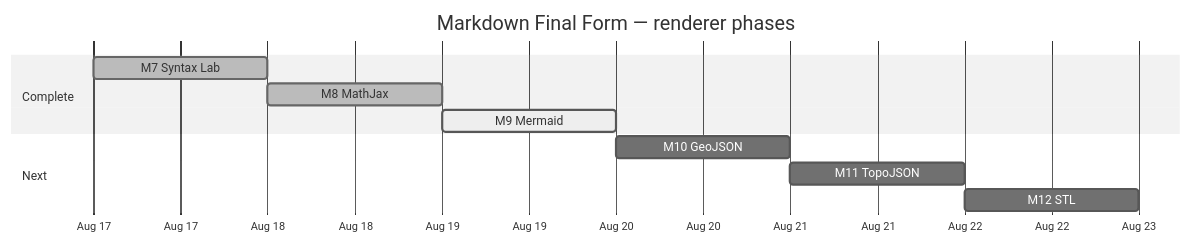
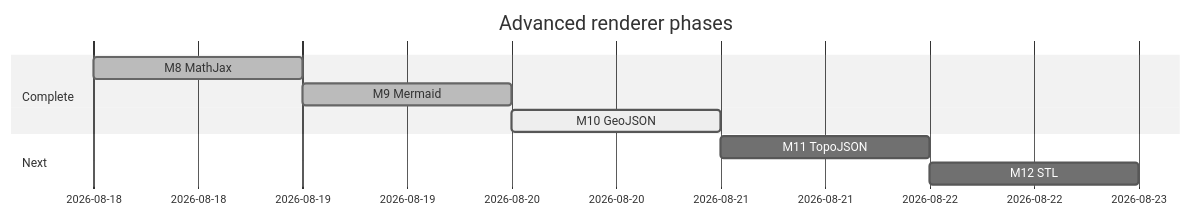
Before and after one commit to thiepn/markdown: the eighth of 16 diagrams in README.md, drawn with Mermaid (neutral theme). The commit also changed other lines of this file, not shown here.

Commit message:
M10: build interactive GeoJSON showcase

````diff
--- a/README.md
+++ b/README.md
@@ -1037,16 +833,12 @@
 ```mermaid
 gantt
-    title Markdown Final Form — renderer phases
-    dateFormat  YYYY-MM-DD
-    axisFormat  %b %d
-
+    title Advanced renderer phases
+    dateFormat YYYY-MM-DD
     section Complete
-    M7 Syntax Lab      :done, m7, 2026-08-17, 1d
-    M8 MathJax         :done, m8, after m7, 1d
-    M9 Mermaid         :active, m9, after m8, 1d
-
+    M8 MathJax :done, m8, 2026-08-18, 1d
+    M9 Mermaid :done, m9, after m8, 1d
+    M10 GeoJSON :active, m10, after m9, 1d
     section Next
-    M10 GeoJSON        :m10, after m9, 1d
-    M11 TopoJSON       :m11, after m10, 1d
-    M12 STL            :m12, after m11, 1d
+    M11 TopoJSON :m11, after m10, 1d
+    M12 STL :m12, after m11, 1d
 ```
````
